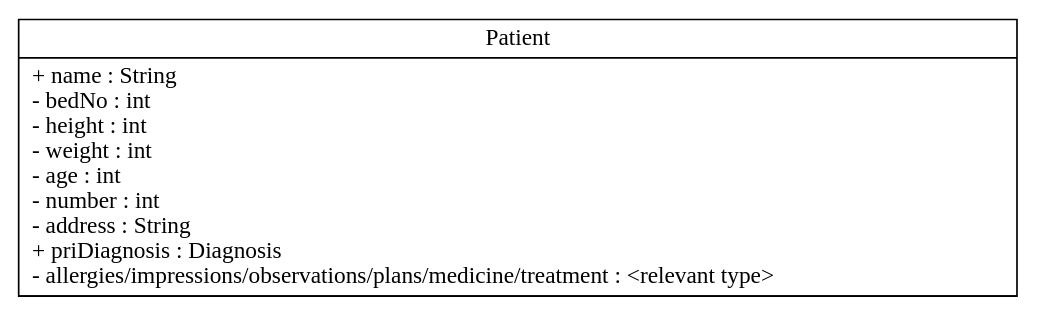
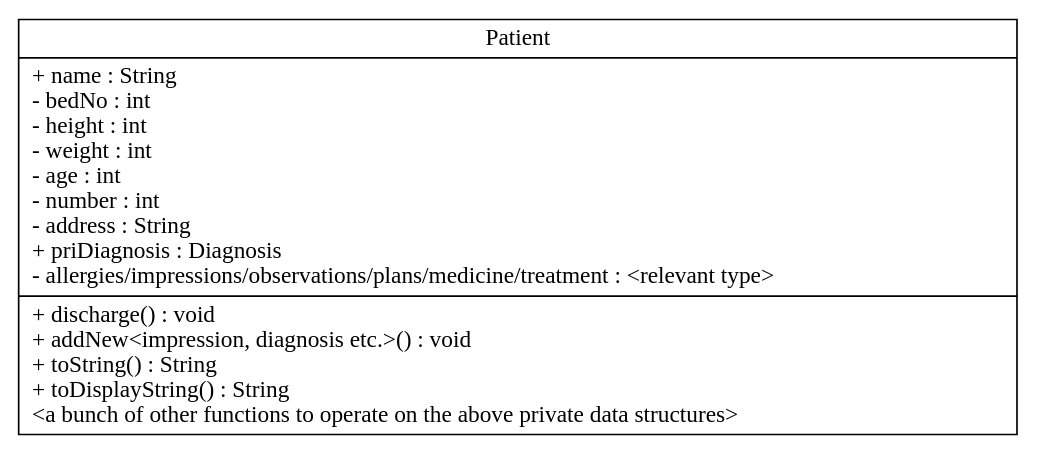
The diagram in docs/images/dot/drduke.dot (nusCS2113-AY1920S1/PersonalAssistant-Duke), drawn with Graphviz before and after one commit. The commit also changed 1 other file, not shown here.

Commit message:
Fix Patient object UML

```diff
--- a/docs/images/dot/drduke.dot
+++ b/docs/images/dot/drduke.dot
@@ -1,45 +1,45 @@
 digraph main {
 
   graph [
     splines = ortho
   ]
 
   node [
     shape = "record"
   ]
 
   //data indexed by integers for quick, unambiguous access
   //separately provide the ability to search by various fields
   //toString() for data format
   //toDataString() for display format (GUI)
   Patient [
     label = "{Patient
     |+ name : String\l
     - bedNo : int\l
     - height : int\l
     - weight : int\l
     - age : int\l
     - number : int\l
     - address : String\l
     + priDiagnosis : Diagnosis\l
     - allergies/impressions/observations/plans/medicine/treatment : \<relevant type\>\l
     |+ discharge() : void\l
-    + addNew<impression, diagnosis etc.>() : void\l
+    + addNew\<impression, diagnosis etc.\>() : void\l
     + toString() : String\l
     + toDisplayString() : String\l
-    \<a bunch of other functions to operate on the above private data structures\>
+    \<a bunch of other functions to operate on the above private data structures\>\l
     }"
   ]
 
   //references
 
   edge [
     arrowhead = "vee"
   ]
 
   //subclass relations
 
   edge [
     arrowhead = "empty"
   ]
 }
```
